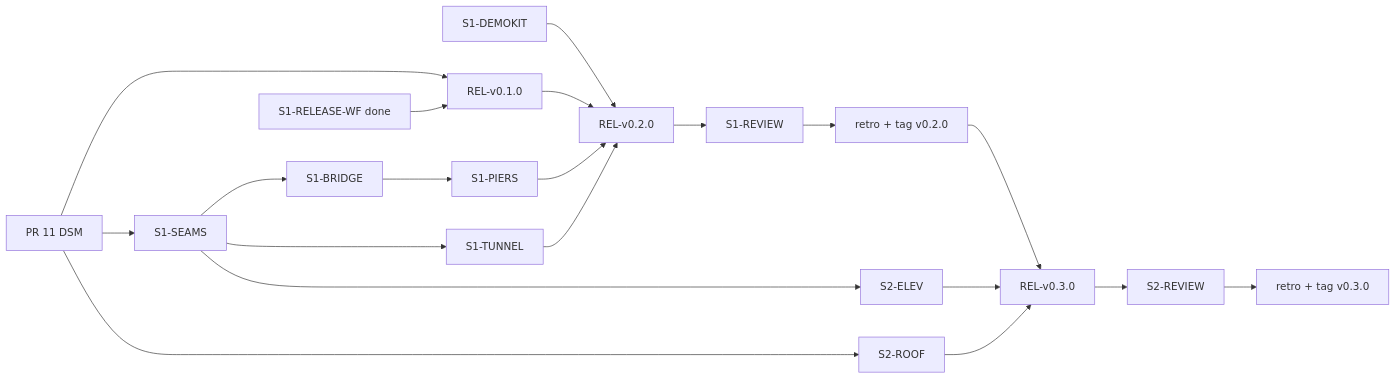
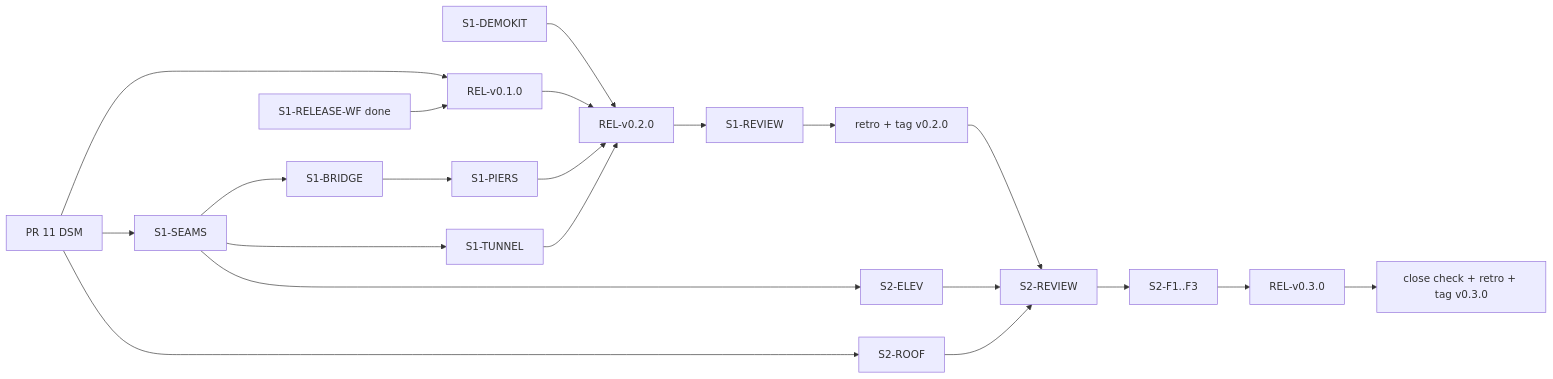
One commit to lingshf/map-builder changed the diagram in design/roadmap.md. Above: the diagram before and after it, drawn with Mermaid. The commit also changed other lines of this file and 7 other files, not shown here.

````diff
--- a/design/roadmap.md
+++ b/design/roadmap.md
@@ -58,20 +58,21 @@
 ```mermaid
 flowchart LR
   PR11[PR 11 DSM] --> V010[REL-v0.1.0]
   RWF[S1-RELEASE-WF done] --> V010
   PR11 --> SEAMS[S1-SEAMS]
   PR11 --> ROOF[S2-ROOF]
   SEAMS --> BRIDGE[S1-BRIDGE]
   SEAMS --> TUNNEL[S1-TUNNEL]
   SEAMS --> ELEV[S2-ELEV]
   BRIDGE --> PIERS[S1-PIERS]
   DEMO[S1-DEMOKIT] --> R1[REL-v0.2.0]
   V010 --> R1
   PIERS --> R1
   TUNNEL --> R1
   R1 --> SR1[S1-REVIEW] --> T1[retro + tag v0.2.0]
-  T1 --> R2[REL-v0.3.0]
-  ELEV --> R2
-  ROOF --> R2
-  R2 --> SR2[S2-REVIEW] --> T2[retro + tag v0.3.0]
+  T1 --> SR2[S2-REVIEW]
+  SR2 --> F2[S2-F1..F3] --> R2[REL-v0.3.0]
+  ELEV --> SR2
+  ROOF --> SR2
+  R2 --> T2[close check + retro + tag v0.3.0]
 ```
````
